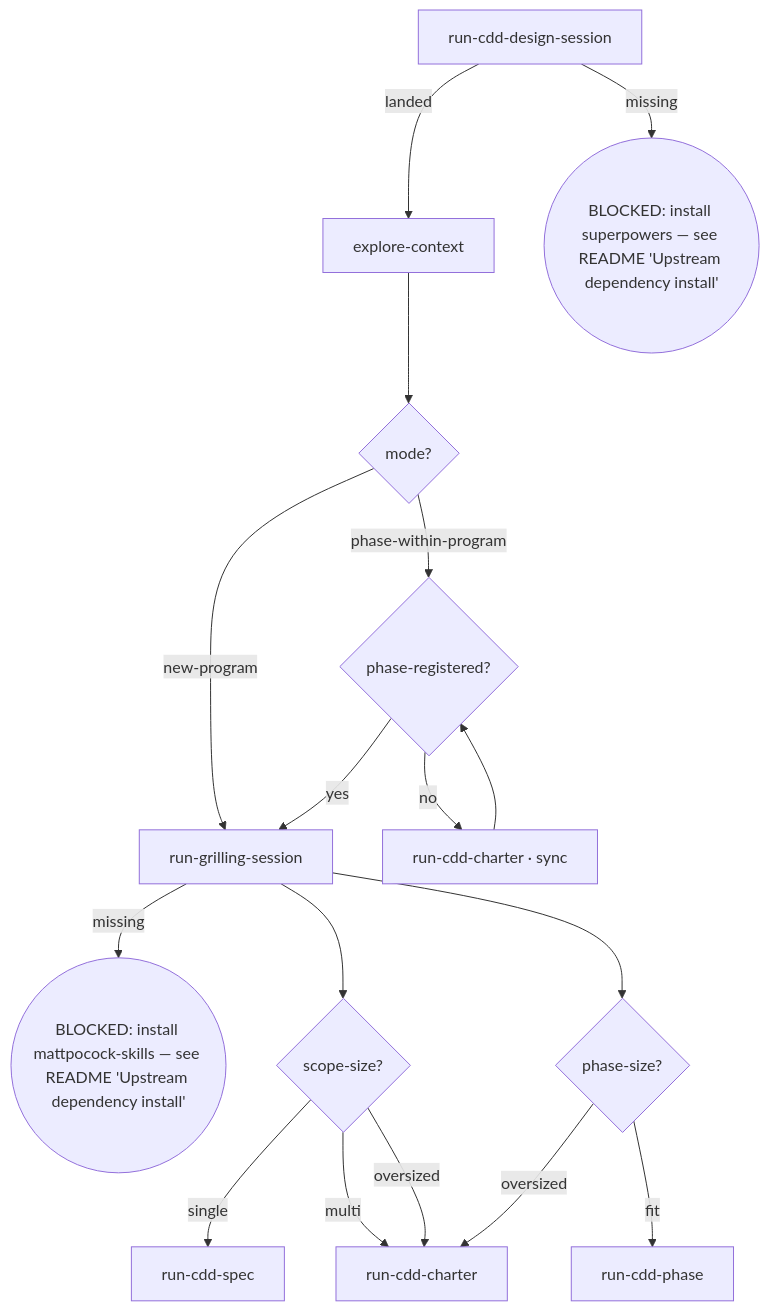
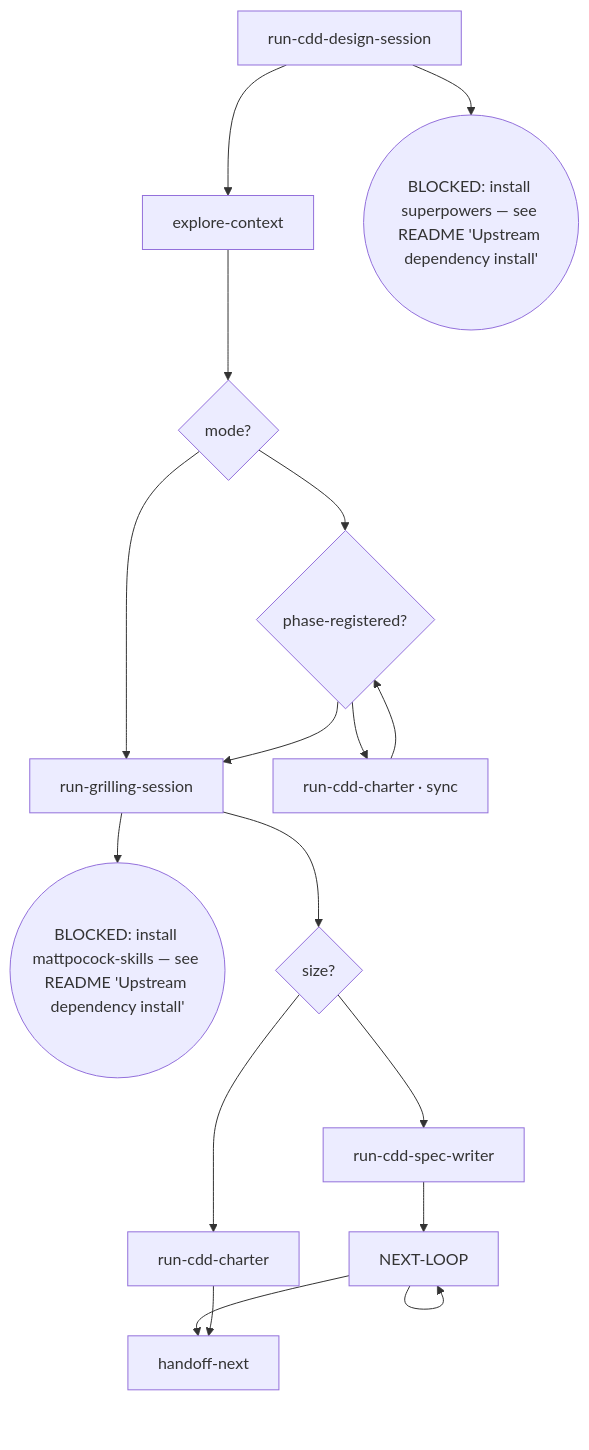
One commit to Oscaner/skills changed the diagram in packages/kairos/skills/cdd-design/SKILL.md. Above: the diagram before and after it, drawn with Mermaid. The commit also changed other lines of this file and 30 other files, not shown here.

````diff
--- a/packages/kairos/skills/cdd-design/SKILL.md
+++ b/packages/kairos/skills/cdd-design/SKILL.md
@@ -12,19 +12,19 @@
 ```mermaid
 flowchart TD
-  A[run-cdd-design-session] -->|landed| B[explore-context]
-  A -->|missing| Z1((BLOCKED: install superpowers — see README 'Upstream dependency install'))
-  B --> C{mode?}
-  C -->|new-program| G[run-grilling-session]
-  C -->|phase-within-program| P{phase-registered?}
-  P -->|no| S[run-cdd-charter · sync]
+  A[run-cdd-design-session] --> B[explore-context]
+  A --> Z1((BLOCKED: install superpowers — see README 'Upstream dependency install'))
+  B --> M{mode?}
+  M --> G[run-grilling-session]
+  M --> P{phase-registered?}
+  P --> S[run-cdd-charter · sync]
   S --> P
-  P -->|yes| G
-  G -->|missing| Z2((BLOCKED: install mattpocock-skills — see README 'Upstream dependency install'))
-  G --> D{scope-size?}
-  D -->|single| H[run-cdd-spec]
-  D -->|multi| I[run-cdd-charter]
-  D -->|oversized| I
-  G --> F{phase-size?}
-  F -->|fit| J[run-cdd-phase]
-  F -->|oversized| I
+  P --> G
+  G --> Z2((BLOCKED: install mattpocock-skills — see README 'Upstream dependency install'))
+  G --> X{size?}
+  X --> W[run-cdd-spec-writer]
+  X --> C[run-cdd-charter]
+  W --> L[NEXT-LOOP]
+  L --> L
+  L --> H[handoff-next]
+  C --> H[handoff-next]
 ```
````
